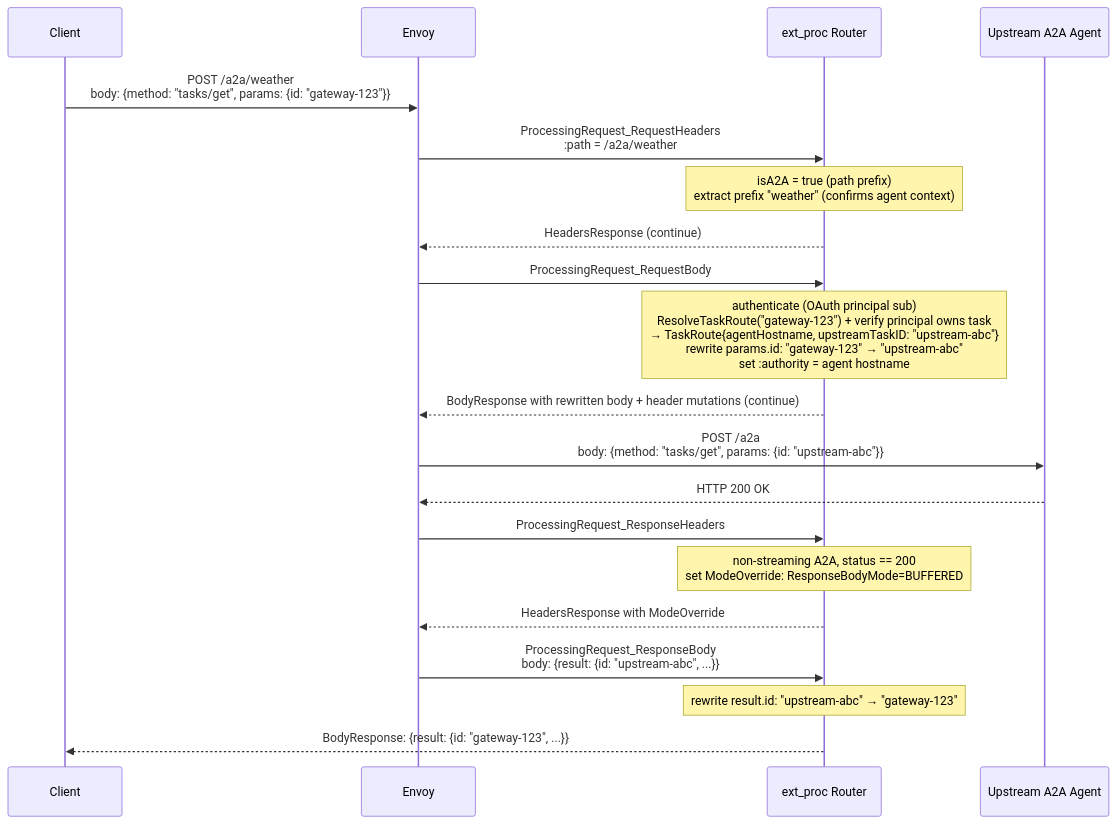
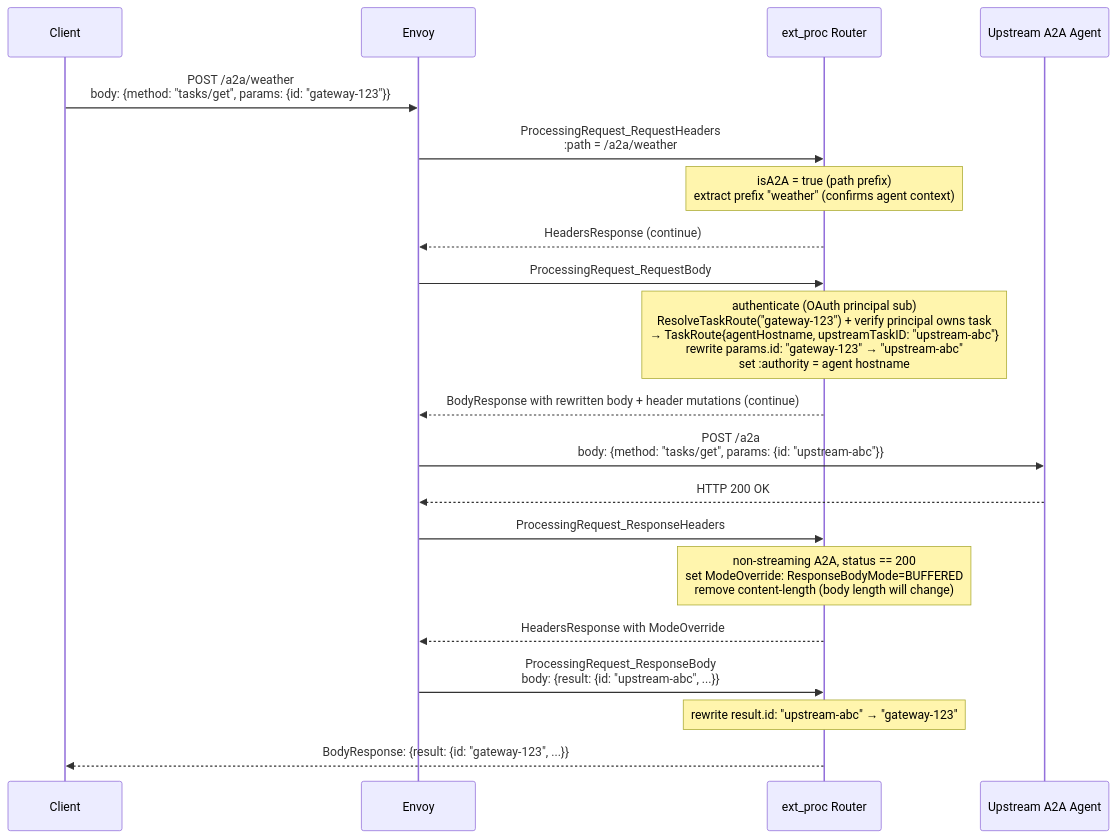
The fourth of 5 diagrams in docs/design/a2a/a2a-design.md (Kuadrant/mcp-gateway), drawn with Mermaid before and after one commit. The commit also changed other lines of this file, not shown here.

Commit message:
docs: record content-length constraint for buffered A2A response rewrite

````diff
--- a/docs/design/a2a/a2a-design.md
+++ b/docs/design/a2a/a2a-design.md
@@ -307,23 +317,23 @@
 ```mermaid
 sequenceDiagram
     participant Client
     participant Envoy
     participant Router as ext_proc Router
     participant Upstream as Upstream A2A Agent
 
     Client->>Envoy: POST /a2a/weather<br/>body: {method: "tasks/get", params: {id: "gateway-123"}}
     Envoy->>Router: ProcessingRequest_RequestHeaders<br/>:path = /a2a/weather
     Note over Router: isA2A = true (path prefix)<br/>extract prefix "weather" (confirms agent context)
     Router-->>Envoy: HeadersResponse (continue)
     Envoy->>Router: ProcessingRequest_RequestBody
     Note over Router: authenticate (OAuth principal sub)<br/>ResolveTaskRoute("gateway-123") + verify principal owns task<br/>→ TaskRoute{agentHostname, upstreamTaskID: "upstream-abc"}<br/>rewrite params.id: "gateway-123" → "upstream-abc"<br/>set :authority = agent hostname
     Router-->>Envoy: BodyResponse with rewritten body + header mutations (continue)
     Envoy->>Upstream: POST /a2a<br/>body: {method: "tasks/get", params: {id: "upstream-abc"}}
     Upstream-->>Envoy: HTTP 200 OK
     Envoy->>Router: ProcessingRequest_ResponseHeaders
-    Note over Router: non-streaming A2A, status == 200<br/>set ModeOverride: ResponseBodyMode=BUFFERED
+    Note over Router: non-streaming A2A, status == 200<br/>set ModeOverride: ResponseBodyMode=BUFFERED<br/>remove content-length (body length will change)
     Router-->>Envoy: HeadersResponse with ModeOverride
     Envoy->>Router: ProcessingRequest_ResponseBody<br/>body: {result: {id: "upstream-abc", ...}}
     Note over Router: rewrite result.id: "upstream-abc" → "gateway-123"
     Router-->>Client: BodyResponse: {result: {id: "gateway-123", ...}}
 ```
````
